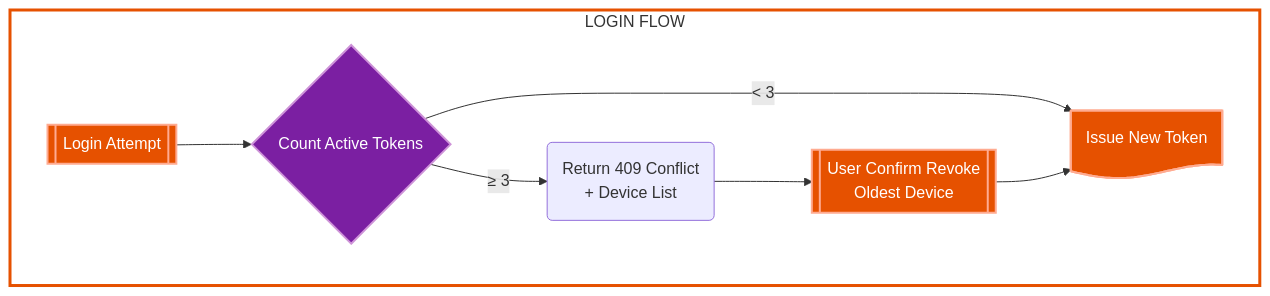
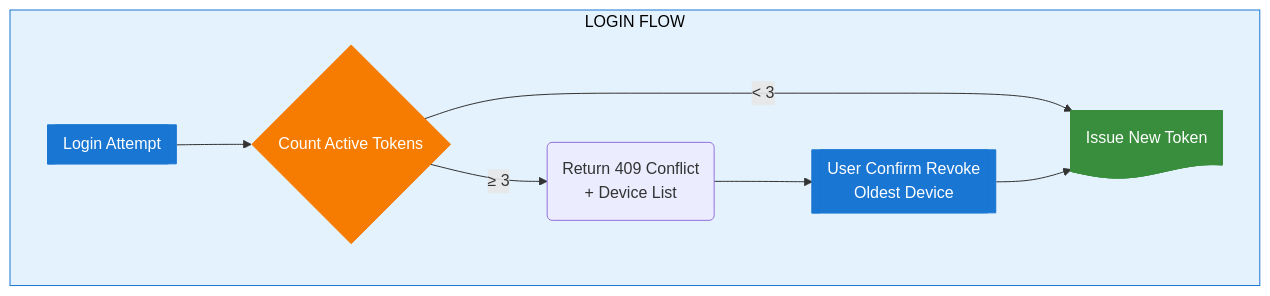
One commit to nghyane/VSTEP changed diagram 12 of 12 in docs/capstone/diagrams/flow-diagrams.vi.md. Above: the diagram before and after it, drawn with Mermaid. The commit also changed other lines of this file, not shown here.

First line of the commit message:
fix(docs): rewrite diagrams with proper color separation

````diff
--- a/docs/capstone/diagrams/flow-diagrams.vi.md
+++ b/docs/capstone/diagrams/flow-diagrams.vi.md
@@ -815,28 +822,28 @@
 ```mermaid
 flowchart TB
     subgraph Login["LOGIN FLOW"]
         Attempt@{ shape: fr-rect, label: "Login Attempt" }
         Count@{ shape: diam, label: "Count Active Tokens" }
-        Warn@{ shape: rounded, label: "Return 409 Conflict<br/>+ Device List" }
-        Revoke@{ shape: fr-rect, label: "User Confirm Revoke<br/>Oldest Device" }
+        Warn@{ shape: rounded, label: "Return 409 Conflict\n+ Device List" }
+        Revoke@{ shape: fr-rect, label: "User Confirm Revoke\nOldest Device" }
         Issue@{ shape: doc, label: "Issue New Token" }
     end
 
     Attempt --> Count
     Count -->|"< 3"| Issue
     Count -->|"≥ 3"| Warn --> Revoke --> Issue
 
-    classDef process fill:#e65100,stroke:#ffab91,stroke-width:2px,color:#fff
-    classDef decision fill:#7b1fa2,stroke:#ce93d8,stroke-width:2px,color:#fff
-    classDef success fill:#2e7d32,stroke:#a5d6a7,stroke-width:2px,color:#fff
+    %% Nodes
+    classDef process fill:#1976d2,stroke:#1976d2,color:#fff
+    classDef decision fill:#f57c00,stroke:#f57c00,color:#fff
+    classDef success fill:#388e3c,stroke:#388e3c,color:#fff
 
-    classDef processBox fill:none,stroke:#e65100,stroke-width:3px
-    classDef decisionBox fill:none,stroke:#7b1fa2,stroke-width:3px
-    classDef successBox fill:none,stroke:#2e7d32,stroke-width:3px
+    %% Box
+    classDef loginBox fill:#e3f2fd,stroke:#1976d2,color:#000
 
-    class Login processBox
+    class Login loginBox
 
     class Attempt,Revoke,Issue process
     class Count decision
-
+    class Issue success
 ```
````
